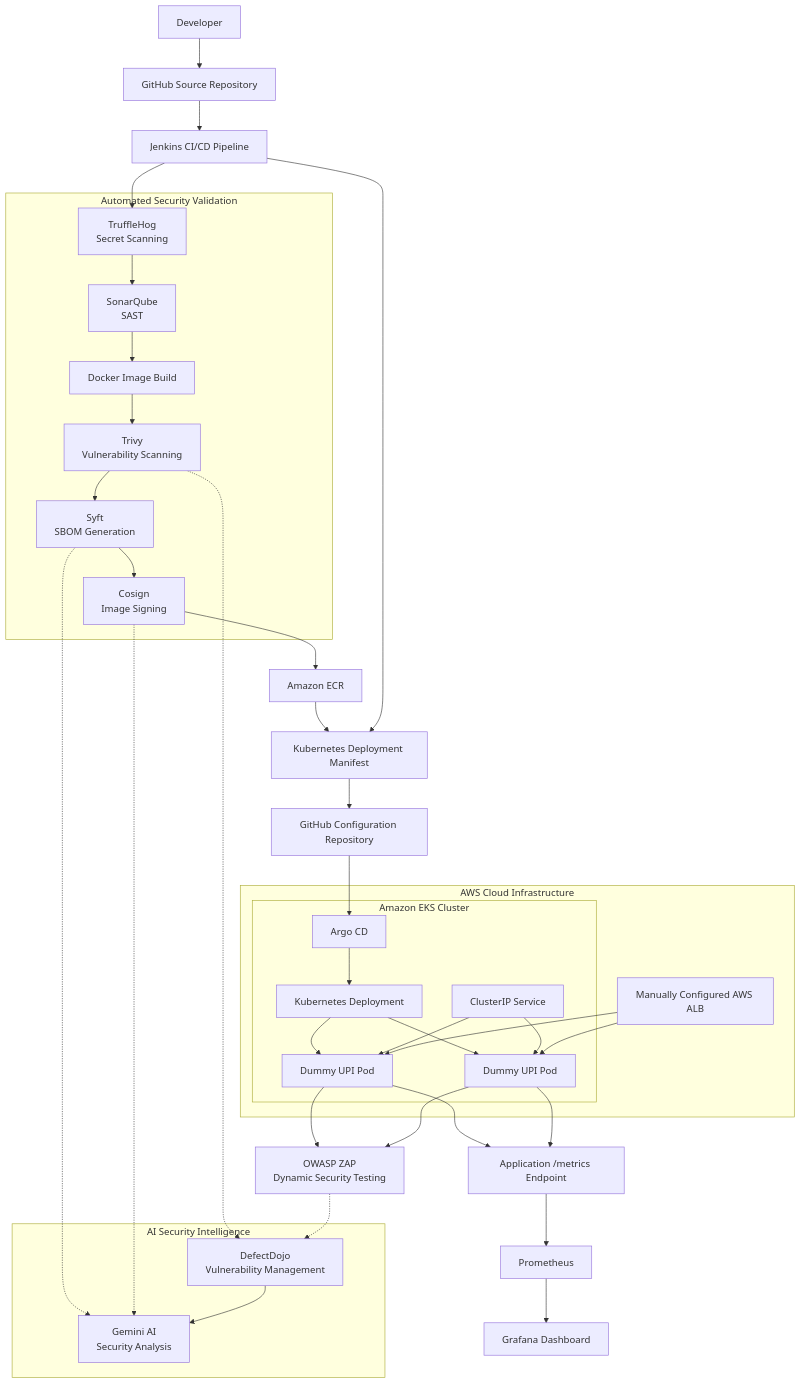
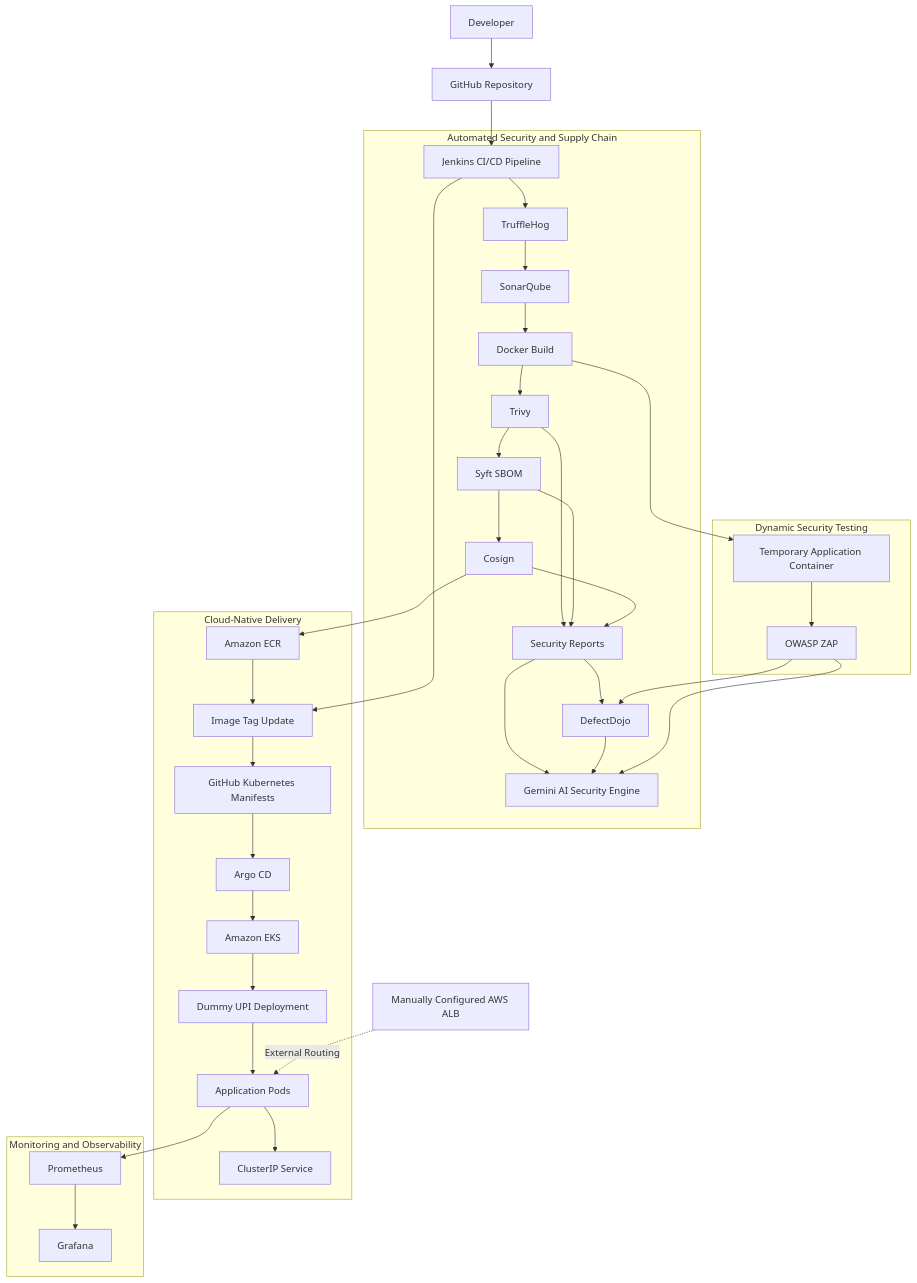
The second of 6 diagrams in README.md (yashparthe45/autonomous-devsecops-engine), drawn with Mermaid before and after one commit. The commit also changed other lines of this file, not shown here.

````diff
--- a/README.md
+++ b/README.md
@@ -215,65 +488,48 @@
 ```mermaid
-flowchart TB
-    DEV["Developer"]
-    GH["GitHub Source Repository"]
-    JEN["Jenkins CI/CD Pipeline"]
+flowchart TD
+    A[Developer] --> B[GitHub Repository]
+    B --> C[Jenkins CI/CD Pipeline]
 
-    DEV --> GH
-    GH --> JEN
+    subgraph SECURITY["Automated Security and Supply Chain"]
+        C --> D[TruffleHog]
+        D --> E[SonarQube]
+        E --> F[Docker Build]
+        F --> G[Trivy]
+        G --> H[Syft SBOM]
+        H --> I[Cosign]
 
-    subgraph SEC["Automated Security Validation"]
-        TH["TruffleHog<br/>Secret Scanning"]
-        SQ["SonarQube<br/>SAST"]
-        DB["Docker Image Build"]
-        TV["Trivy<br/>Vulnerability Scanning"]
-        SY["Syft<br/>SBOM Generation"]
-        CO["Cosign<br/>Image Signing"]
+        G --> J[Security Reports]
+        H --> J
+        I --> J
+
+        J --> K[DefectDojo]
+        J --> L[Gemini AI Security Engine]
+        K --> L
     end
 
-    JEN --> TH
-    TH --> SQ
-    SQ --> DB
-    DB --> TV
-    TV --> SY
-    SY --> CO
-
-    CO --> ECR["Amazon ECR"]
-
-    subgraph AI["AI Security Intelligence"]
-        DD["DefectDojo<br/>Vulnerability Management"]
-        GEM["Gemini AI<br/>Security Analysis"]
+    subgraph DELIVERY["Cloud-Native Delivery"]
+        I --> M[Amazon ECR]
+        M --> N[Image Tag Update]
+        C --> N
+        N --> O[GitHub Kubernetes Manifests]
+        O --> P[Argo CD]
+        P --> Q[Amazon EKS]
+        Q --> R[Dummy UPI Deployment]
+        R --> S[Application Pods]
+        S --> T[ClusterIP Service]
     end
 
-    TV -.-> DD
-    SY -.-> GEM
-    CO -.-> GEM
-    ZAP["OWASP ZAP<br/>Dynamic Security Testing"] -.-> DD
-    DD --> GEM
-
-    ECR --> MAN["Kubernetes Deployment Manifest"]
-    JEN --> MAN
-    MAN --> GH2["GitHub Configuration Repository"]
-    GH2 --> ARGO["Argo CD"]
-
-    subgraph AWS["AWS Cloud Infrastructure"]
-        subgraph EKS["Amazon EKS Cluster"]
-            ARGO --> DEP["Kubernetes Deployment"]
-            DEP --> POD1["Dummy UPI Pod"]
-            DEP --> POD2["Dummy UPI Pod"]
-            SVC["ClusterIP Service"] --> POD1
-            SVC --> POD2
-        end
-
-        ALB["Manually Configured AWS ALB"]
-        ALB --> POD1
-        ALB --> POD2
+    subgraph MONITORING["Monitoring and Observability"]
+        S --> U[Prometheus]
+        U --> V[Grafana]
     end
 
-    POD1 --> MET["Application /metrics Endpoint"]
-    POD2 --> MET
-    MET --> PROM["Prometheus"]
-    PROM --> GRAF["Grafana Dashboard"]
+    subgraph DAST["Dynamic Security Testing"]
+        F --> W[Temporary Application Container]
+        W --> X[OWASP ZAP]
+        X --> K
+        X --> L
+    end
 
-    POD1 --> ZAP
-    POD2 --> ZAP
+    Y[Manually Configured AWS ALB] -. External Routing .-> S
 ```
````
